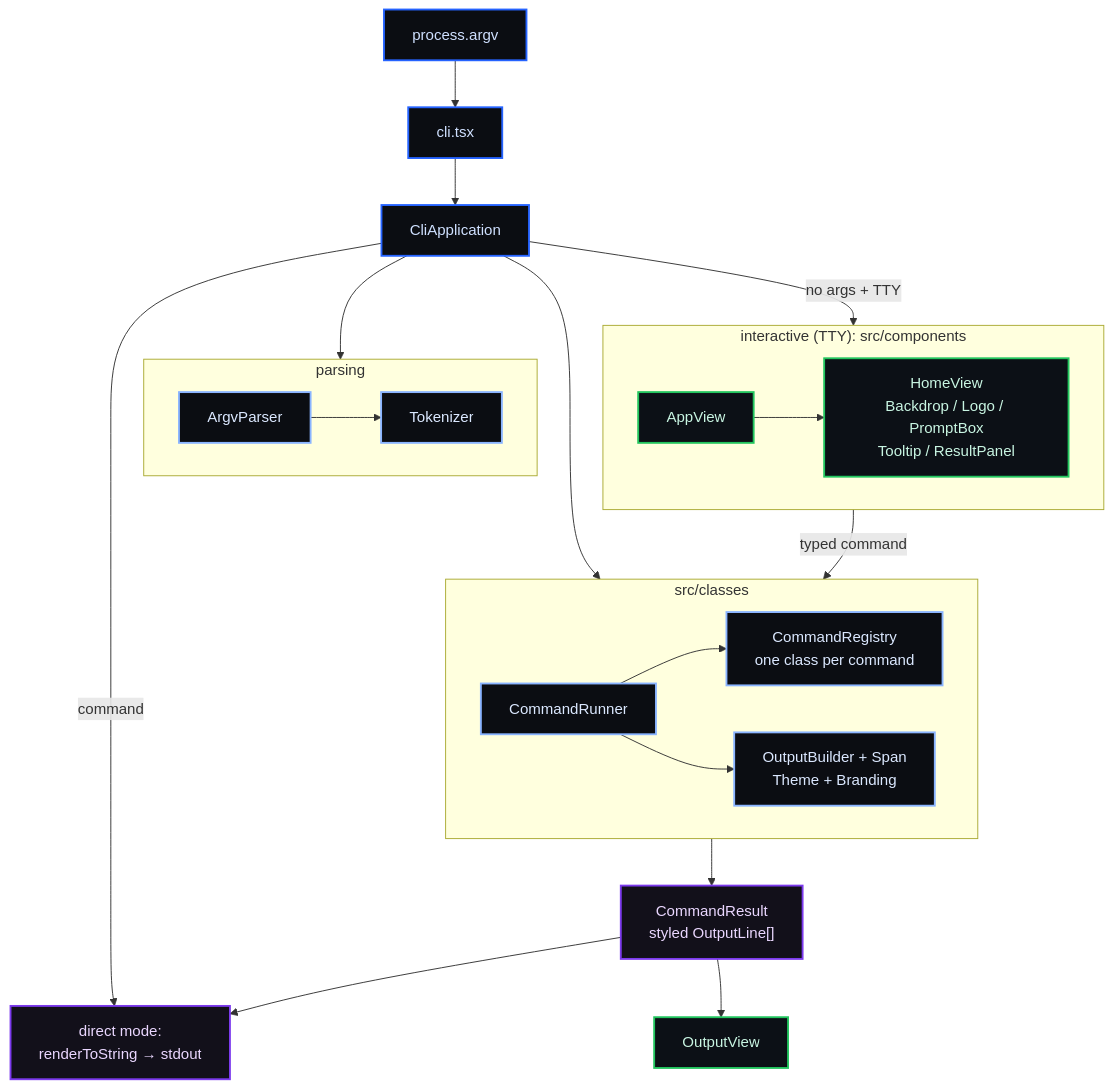
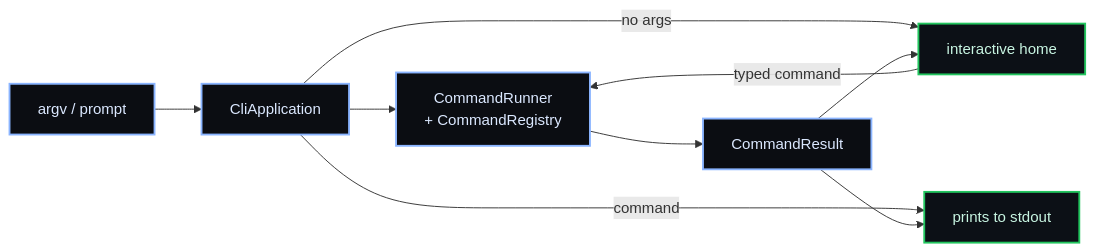
One commit to dacely-cloud/dacely changed the diagram in README.md. Above: the diagram before and after it, drawn with Mermaid. The commit also changed other lines of this file, not shown here.

````diff
--- a/README.md
+++ b/README.md
@@ -150,47 +64,14 @@
 ```mermaid
-flowchart TB
-    classDef entry fill:#0b0d12,stroke:#2563ff,stroke-width:2px,color:#cfe0ff;
+flowchart LR
     classDef core fill:#0b0d12,stroke:#8ab4ff,stroke-width:2px,color:#dbe8ff;
     classDef ui fill:#0c1016,stroke:#22c55e,stroke-width:2px,color:#c8f5e2;
-    classDef out fill:#12101a,stroke:#7c3aed,stroke-width:2px,color:#ead7ff;
 
-    ARGV["process.argv"]:::entry
-    CLI["cli.tsx"]:::entry
-    APP["CliApplication"]:::entry
-
-    subgraph PARSE["parsing"]
-        direction LR
-        PARSER["ArgvParser"]:::core
-        TOK["Tokenizer"]:::core
-    end
-
-    subgraph DOMAIN["src/classes"]
-        direction LR
-        REG["CommandRegistry<br/>one class per command"]:::core
-        RUN["CommandRunner"]:::core
-        OB["OutputBuilder + Span<br/>Theme + Branding"]:::core
-    end
-
-    RESULT["CommandResult<br/>styled OutputLine[]"]:::out
-
-    subgraph VIEW["interactive (TTY): src/components"]
-        direction LR
-        AVIEW["AppView"]:::ui
-        HOME["HomeView<br/>Backdrop / Logo / PromptBox<br/>Tooltip / ResultPanel"]:::ui
-    end
-
-    DIRECT["direct mode:<br/>renderToString → stdout"]:::out
-
-    ARGV --> CLI --> APP
-    APP --> PARSER
-    PARSER --> TOK
-    APP --> RUN
-    RUN --> REG
-    RUN --> OB
-    RUN --> RESULT
-    APP -->|no args + TTY| AVIEW --> HOME
+    ARGV["argv / prompt"]:::core --> APP["CliApplication"]:::core
+    APP --> RUN["CommandRunner<br/>+ CommandRegistry"]:::core
+    RUN --> RESULT["CommandResult"]:::core
+    APP -->|no args| HOME["interactive home"]:::ui
     HOME -->|typed command| RUN
-    RESULT --> OUTPUT["OutputView"]:::ui
-    APP -->|command| DIRECT
-    RESULT --> DIRECT
+    RESULT --> HOME
+    APP -->|command| STDOUT["prints to stdout"]:::ui
+    RESULT --> STDOUT
 ```
````
